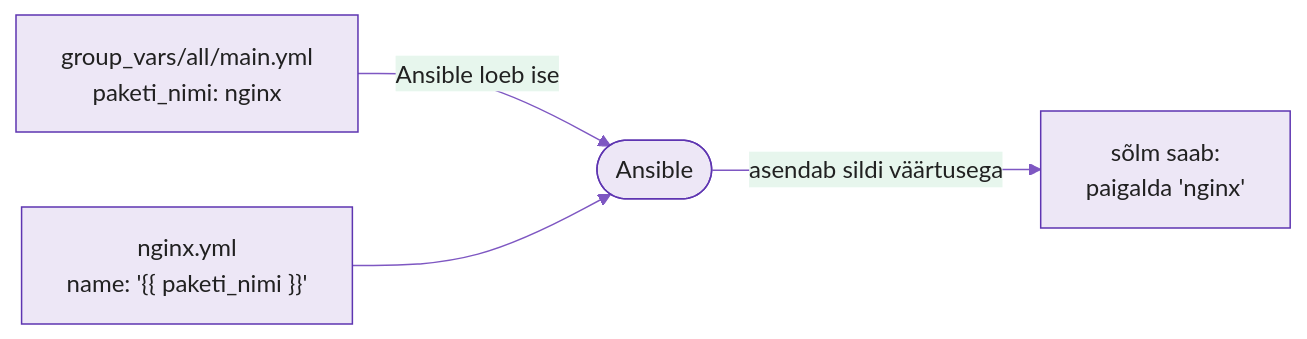
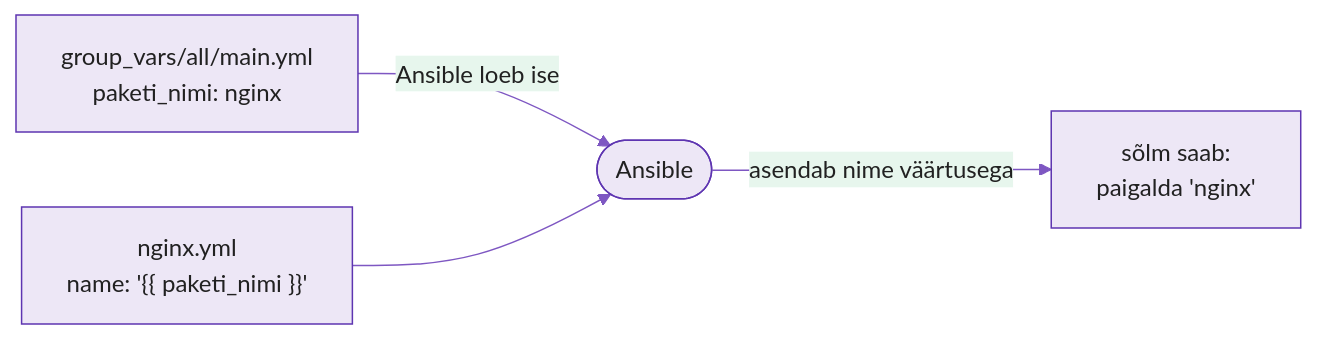
One commit to hkhk-automation/devops changed the third of 11 diagrams in docs/week04/lab.md. Above: the diagram before and after it, drawn with Mermaid. The commit also changed other lines of this file and 16 other files, not shown here.

````diff
--- a/docs/week04/lab.md
+++ b/docs/week04/lab.md
@@ -270,7 +260,7 @@
 ```mermaid
 %%{init: {'theme':'base','themeVariables':{'primaryColor':'#ede7f6','primaryBorderColor':'#5e35b1','primaryTextColor':'#212121','lineColor':'#7e57c2'}}}%%
 graph LR
     GV["group_vars/all/main.yml<br/>paketi_nimi: nginx"] -->|"Ansible loeb ise"| A(["Ansible"])
     PB["nginx.yml<br/>name: '{{ paketi_nimi }}'"] --> A
-    A -->|"asendab sildi väärtusega"| R["sõlm saab:<br/>paigalda 'nginx'"]
+    A -->|"asendab nime väärtusega"| R["sõlm saab:<br/>paigalda 'nginx'"]
 ```
````
